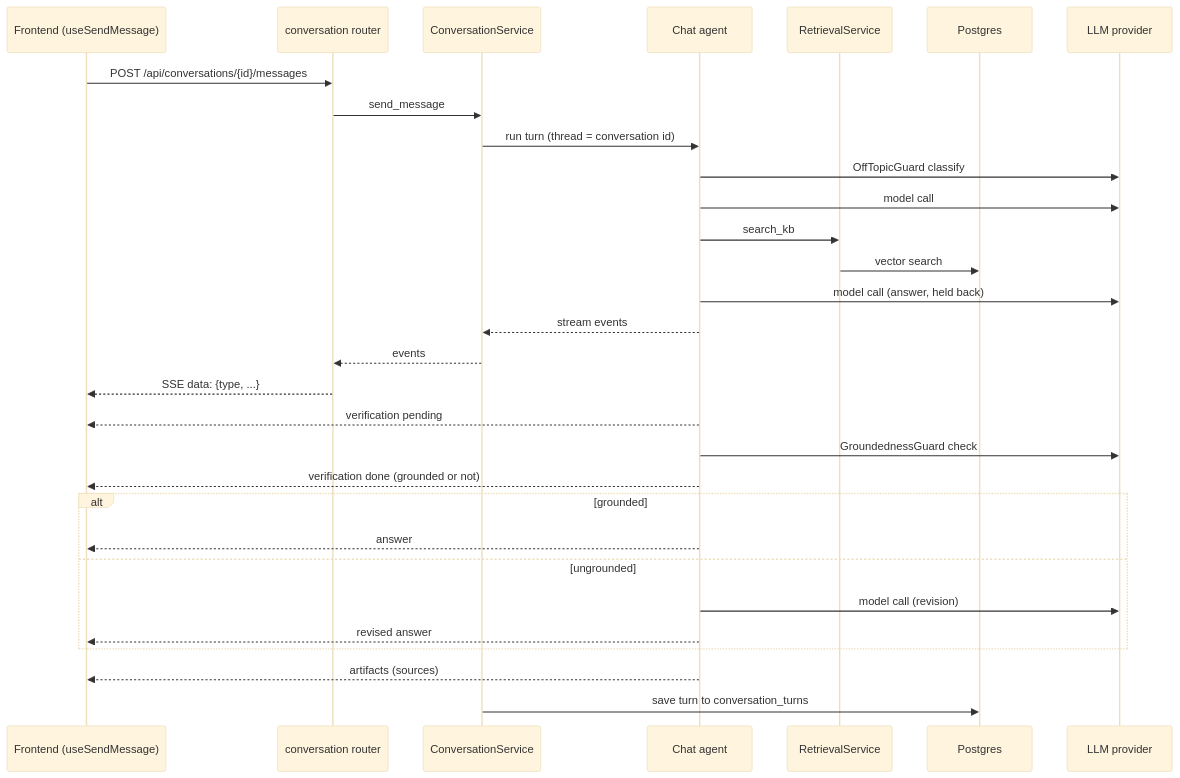
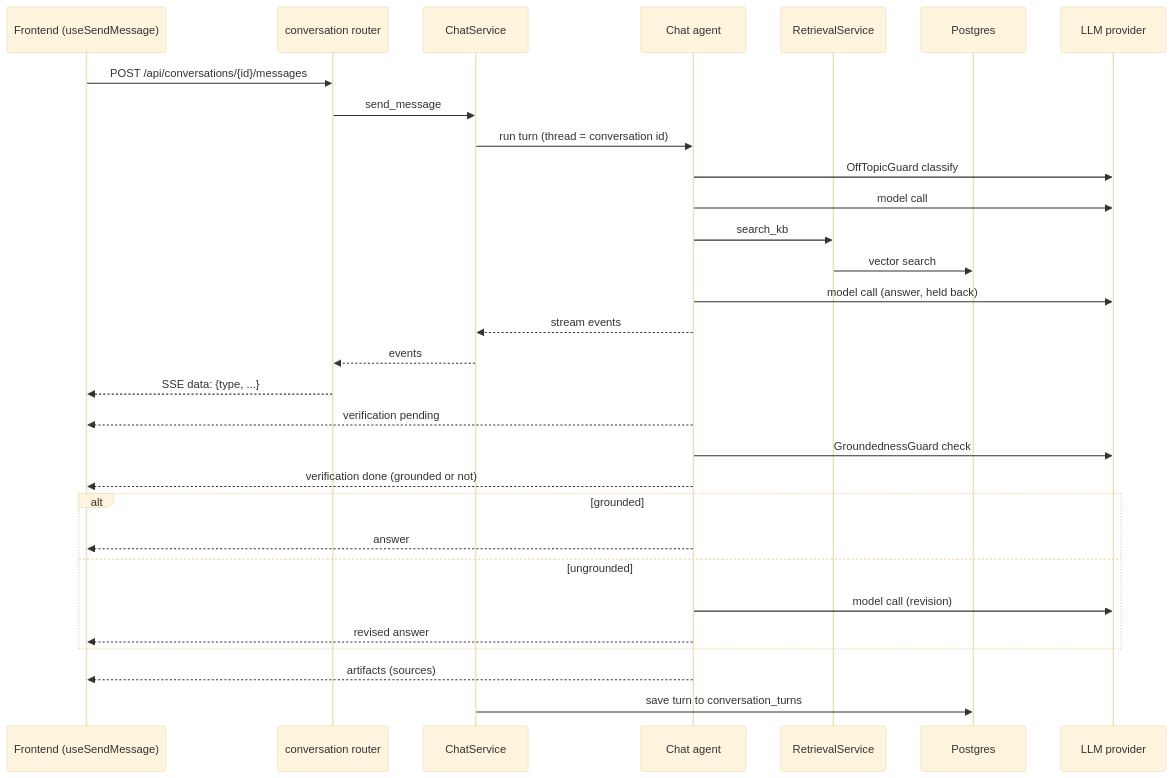
The diagram in docs/diagrams/chat-turn.md (hadifar/rag), drawn with Mermaid (base theme) before and after one commit. The commit also changed 12 other files, not shown here.

Commit message:
refactor: new chat service

````diff
--- a/docs/diagrams/chat-turn.md
+++ b/docs/diagrams/chat-turn.md
@@ -3,33 +3,33 @@
 ```mermaid
 sequenceDiagram
     participant UI as Frontend (useSendMessage)
     participant R as conversation router
-    participant CS as ConversationService
+    participant CS as ChatService
     participant A as Chat agent
     participant KB as RetrievalService
     participant DB as Postgres
     participant LLM as LLM provider
 
     UI->>R: POST /api/conversations/{id}/messages
     R->>CS: send_message
     CS->>A: run turn (thread = conversation id)
     A->>LLM: OffTopicGuard classify
     A->>LLM: model call
     A->>KB: search_kb
     KB->>DB: vector search
     A->>LLM: model call (answer, held back)
     A-->>CS: stream events
     CS-->>R: events
     R-->>UI: SSE data: {type, ...}
     A-->>UI: verification pending
     A->>LLM: GroundednessGuard check
     A-->>UI: verification done (grounded or not)
     alt grounded
         A-->>UI: answer
     else ungrounded
         A->>LLM: model call (revision)
         A-->>UI: revised answer
     end
     A-->>UI: artifacts (sources)
     CS->>DB: save turn to conversation_turns
 ```
````
